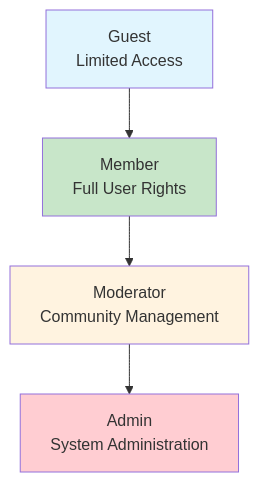
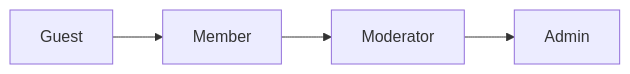
One commit to wrtnlabs/autobe-examples changed the first of 3 diagrams in deepseek/deepseek-v3.1-terminus-exacto/reddit/docs/analysis/02-user-actors-authentication.md. Above: the diagram before and after it, drawn with Mermaid. The commit also changed other lines of this file and 7173 other files, not shown here.

````diff
--- a/deepseek/deepseek-v3.1-terminus-exacto/reddit/docs/analysis/02-user-actors-authentication.md
+++ b/deepseek/deepseek-v3.1-terminus-exacto/reddit/docs/analysis/02-user-actors-authentication.md
@@ -201,11 +13,4 @@
 ```mermaid
-graph TB
-    A["Guest<br/>Limited Access"] --> B["Member<br/>Full User Rights"]
-    B --> C["Moderator<br/>Community Management"]
-    C --> D["Admin<br/>System Administration"]
-    
-    style A fill:#e1f5fe
-    style B fill:#c8e6c9
-    style C fill:#fff3e0
-    style D fill:#ffcdd2
+graph LR
+  A["Guest"] --> B["Member"] --> C["Moderator"] --> D["Admin"]
 ```
````
